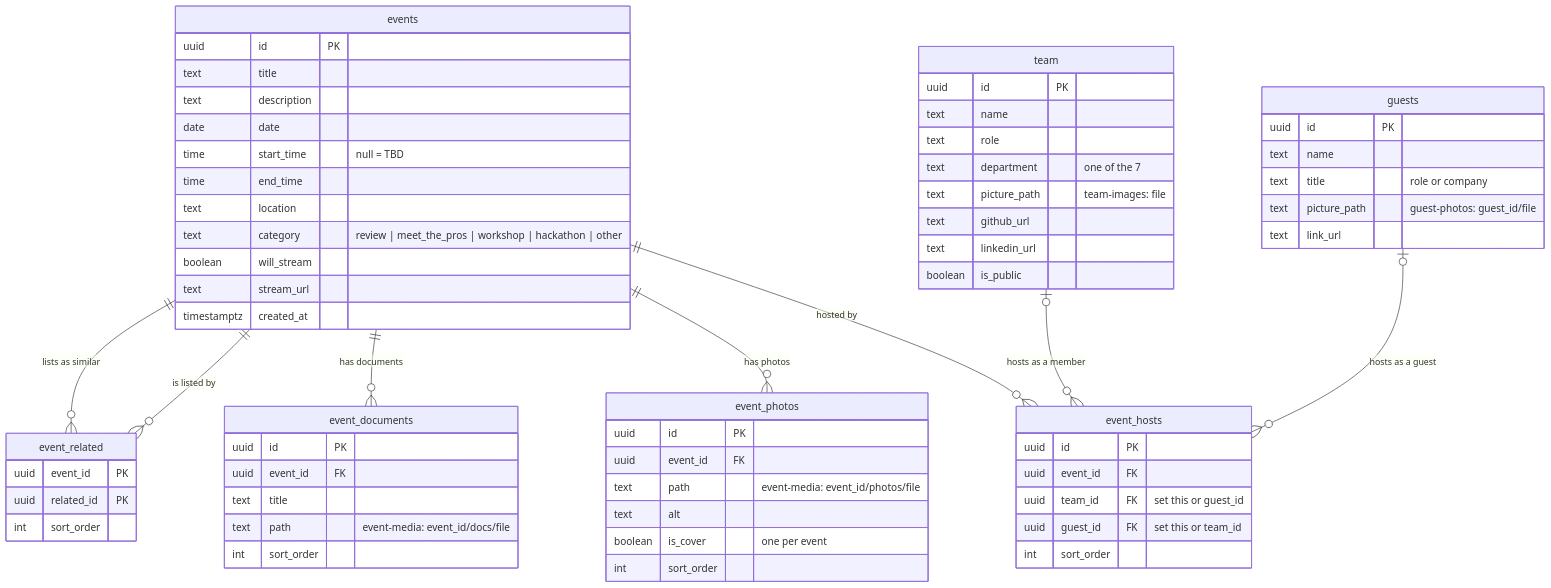
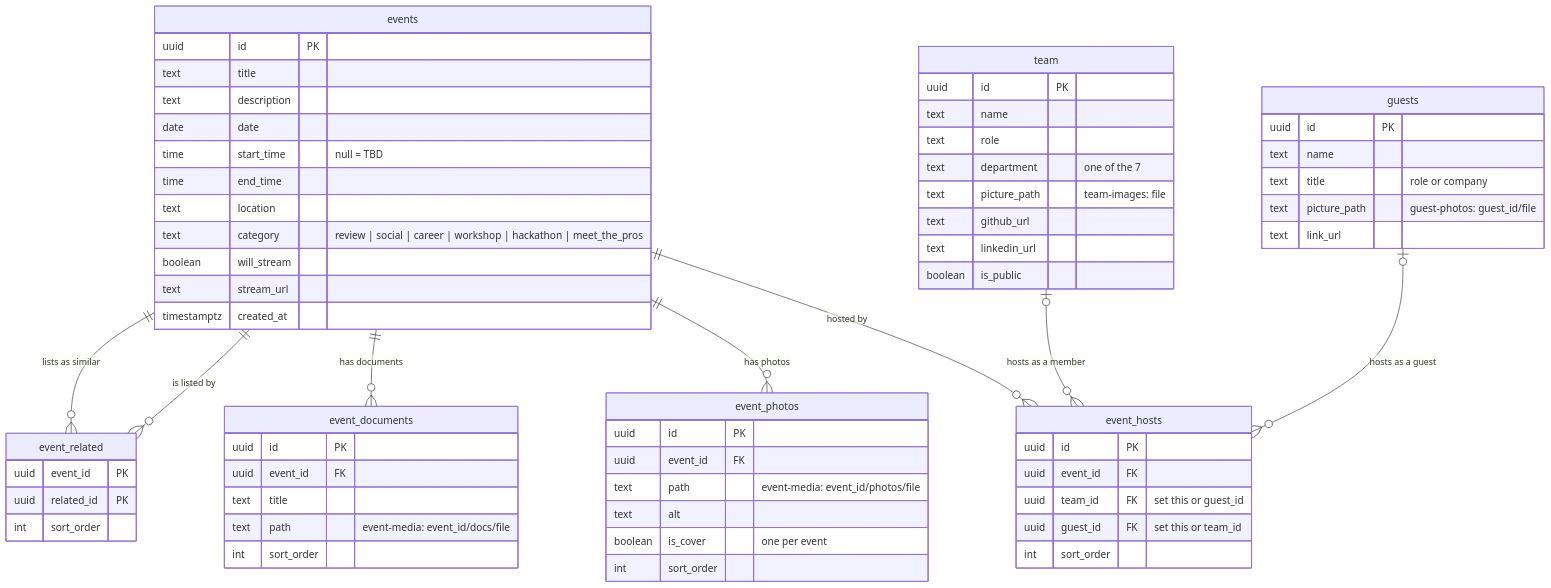
Before and after one commit to LaurierCS/Website: the diagram in supabase/v2/README.md, drawn with Mermaid. The commit also changed other lines of this file and 3 other files, not shown here.

````diff
--- a/supabase/v2/README.md
+++ b/supabase/v2/README.md
@@ -31,68 +31,68 @@
 ```mermaid
 erDiagram
   events ||--o{ event_photos : "has photos"
   events ||--o{ event_documents : "has documents"
   events ||--o{ event_hosts : "hosted by"
   team |o--o{ event_hosts : "hosts as a member"
   guests |o--o{ event_hosts : "hosts as a guest"
   events ||--o{ event_related : "lists as similar"
   events ||--o{ event_related : "is listed by"
 
   events {
     uuid id PK
     text title
     text description
     date date
     time start_time "null = TBD"
     time end_time
     text location
-    text category "review | meet_the_pros | workshop | hackathon | other"
+    text category "review | social | career | workshop | hackathon | meet_the_pros"
     boolean will_stream
     text stream_url
     timestamptz created_at
   }
   event_photos {
     uuid id PK
     uuid event_id FK
     text path "event-media: event_id/photos/file"
     text alt
     boolean is_cover "one per event"
     int sort_order
   }
   event_documents {
     uuid id PK
     uuid event_id FK
     text title
     text path "event-media: event_id/docs/file"
     int sort_order
   }
   event_hosts {
     uuid id PK
     uuid event_id FK
     uuid team_id FK "set this or guest_id"
     uuid guest_id FK "set this or team_id"
     int sort_order
   }
   guests {
     uuid id PK
     text name
     text title "role or company"
     text picture_path "guest-photos: guest_id/file"
     text link_url
   }
   event_related {
     uuid event_id PK
     uuid related_id PK
     int sort_order
   }
   team {
     uuid id PK
     text name
     text role
     text department "one of the 7"
     text picture_path "team-images: file"
     text github_url
     text linkedin_url
     boolean is_public
   }
 ```
````
